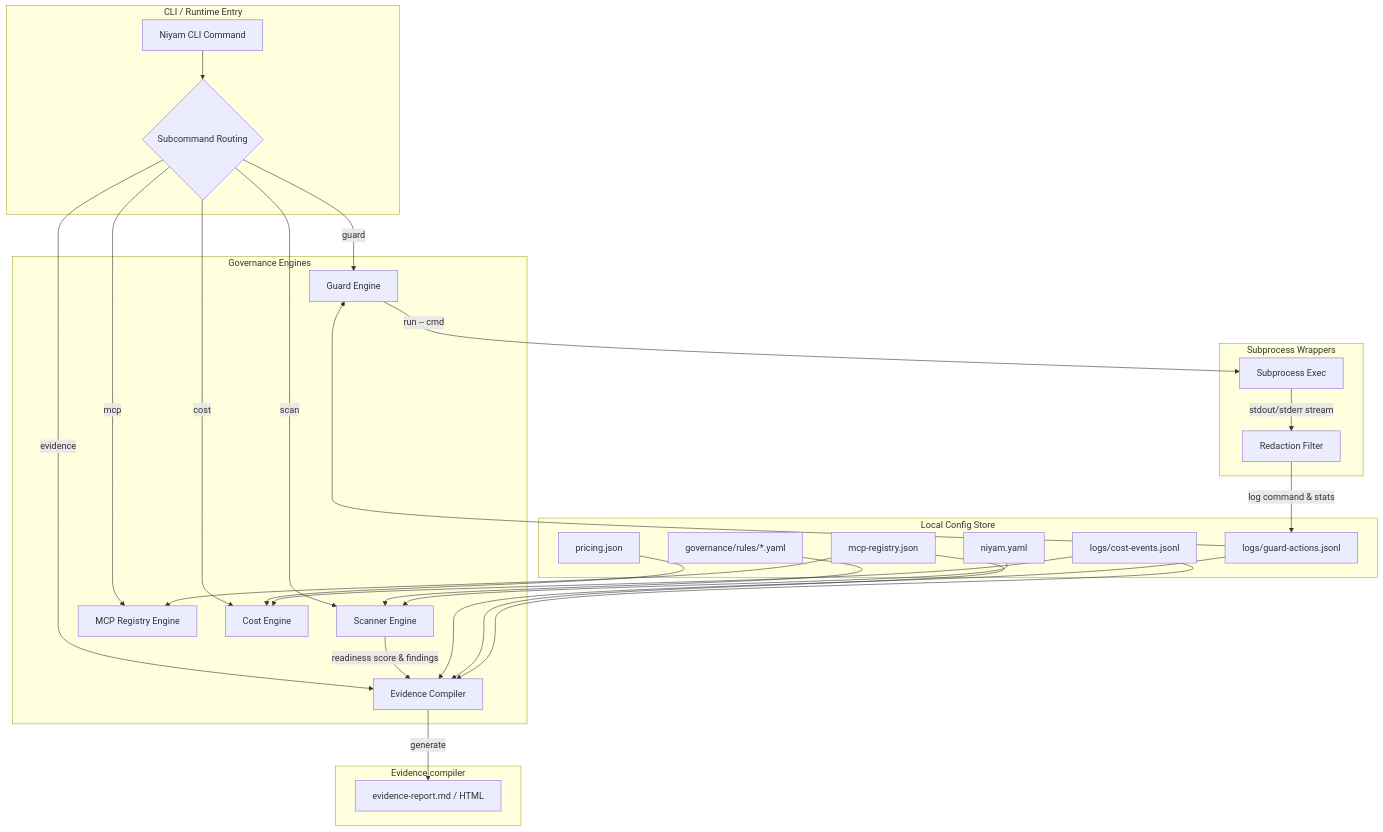
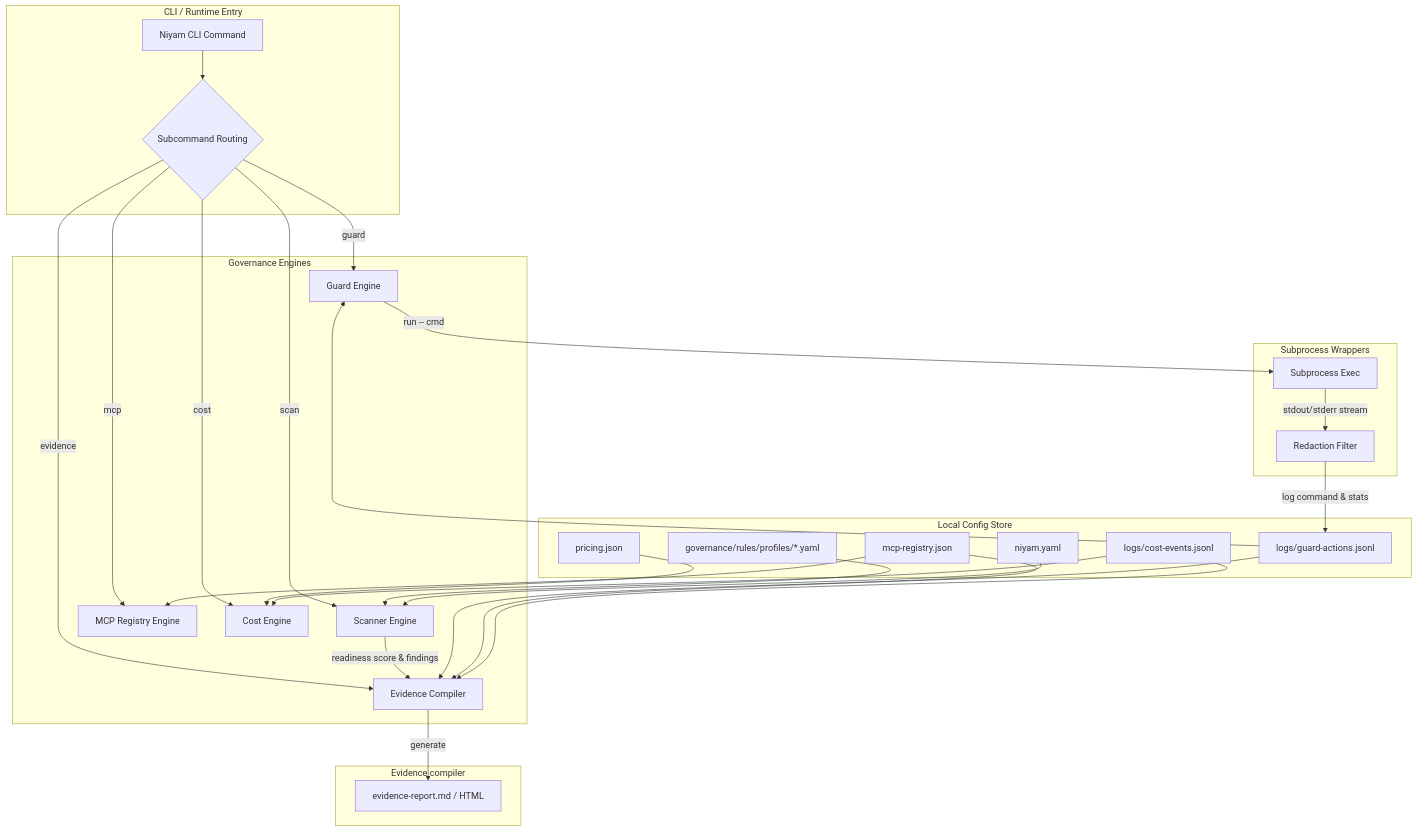
Before and after one commit to sairintechnologycom/niyam: the diagram in docs/governance/02-niyam-technical-architecture.md, drawn with Mermaid. The commit also changed other lines of this file and 32 other files, not shown here.

````diff
--- a/docs/governance/02-niyam-technical-architecture.md
+++ b/docs/governance/02-niyam-technical-architecture.md
@@ -6,37 +13,37 @@
 ```mermaid
 flowchart TD
     subgraph CLI Entry [CLI / Runtime Entry]
         cli[Niyam CLI Command] --> route{Subcommand Routing}
     end
 
     subgraph Engines [Governance Engines]
         route -->|scan| scan_eng[Scanner Engine]
         route -->|guard| guard_eng[Guard Engine]
         route -->|mcp| mcp_eng[MCP Registry Engine]
         route -->|cost| cost_eng[Cost Engine]
         route -->|evidence| evidence_eng[Evidence Compiler]
     end
 
     subgraph ConfigStore [Local Config Store]
-        rules_yaml[governance/rules/*.yaml] --> scan_eng
+        rules_yaml[governance/rules/profiles/*.yaml] --> scan_eng
         niyam_yaml[niyam.yaml] --> scan_eng
         mcp_reg_json[mcp-registry.json] --> mcp_eng
         pricing_json[pricing.json] --> cost_eng
         guard_logs_jsonl[logs/guard-actions.jsonl] --> guard_eng
         cost_logs_jsonl[logs/cost-events.jsonl] --> cost_eng
     end
 
     subgraph Execution [Subprocess Wrappers]
         guard_eng -->|run -- cmd| subproc[Subprocess Exec]
         subproc -->|stdout/stderr stream| redact_filt[Redaction Filter]
         redact_filt -->|log command & stats| guard_logs_jsonl
     end
 
     subgraph Compiler [Evidence compiler]
         scan_eng -->|readiness score & findings| evidence_eng
         guard_logs_jsonl --> evidence_eng
         mcp_reg_json --> evidence_eng
         cost_logs_jsonl --> evidence_eng
         evidence_eng -->|generate| report_out[evidence-report.md / HTML]
     end
 ```
````
